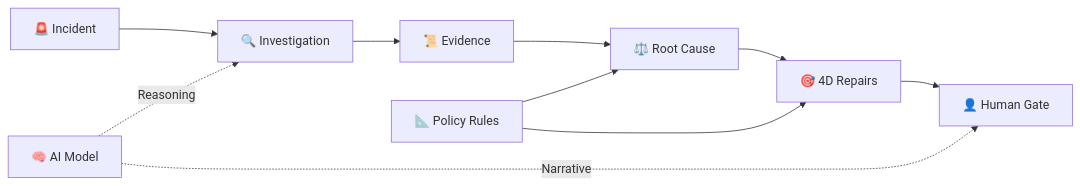
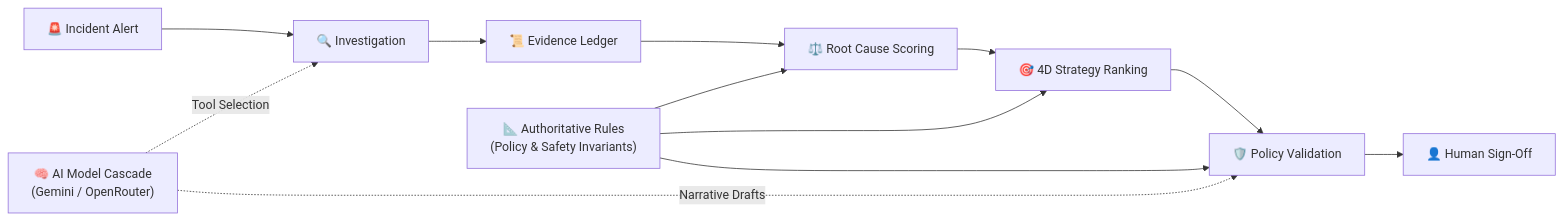
One commit to AnasBabari/LEC_AI changed the third of 3 diagrams in README.md. Above: the diagram before and after it, drawn with Mermaid. The commit also changed other lines of this file, not shown here.

First line of the commit message:
docs(readme): restore rich structured Mermaid architecture with presentable layouts and concise takeaways

````diff
--- a/README.md
+++ b/README.md
@@ -114,13 +180,21 @@
 ```mermaid
 flowchart LR
-    Incident["🚨 Incident"] --> Investigate["🔍 Investigation"]
-    Investigate --> Evidence["📜 Evidence"]
-    Evidence --> Cause["⚖️ Root Cause"]
-    Cause --> Repairs["🎯 4D Repairs"]
-    Repairs --> Human["👤 Human Gate"]
+    Incident["🚨 Incident Alert"]
+    Investigate["🔍 Investigation"]
+    Evidence["📜 Evidence Ledger"]
+    Causes["⚖️ Root Cause Scoring"]
+    Repairs["🎯 4D Strategy Ranking"]
+    Validate["🛡️ Policy Validation"]
+    Human["👤 Human Sign-Off"]
 
-    AI["🧠 AI Model"] -.->|Reasoning| Investigate
-    AI -.->|Narrative| Human
-    Rules["📐 Policy Rules"] --> Cause
+    AI["🧠 AI Model Cascade<br/>(Gemini / OpenRouter)"]
+    Rules["📐 Authoritative Rules<br/>(Policy & Safety Invariants)"]
+
+    Incident --> Investigate --> Evidence --> Causes --> Repairs --> Validate --> Human
+
+    AI -.->|Tool Selection| Investigate
+    AI -.->|Narrative Drafts| Validate
+    Rules --> Causes
     Rules --> Repairs
+    Rules --> Validate
 ```
````
